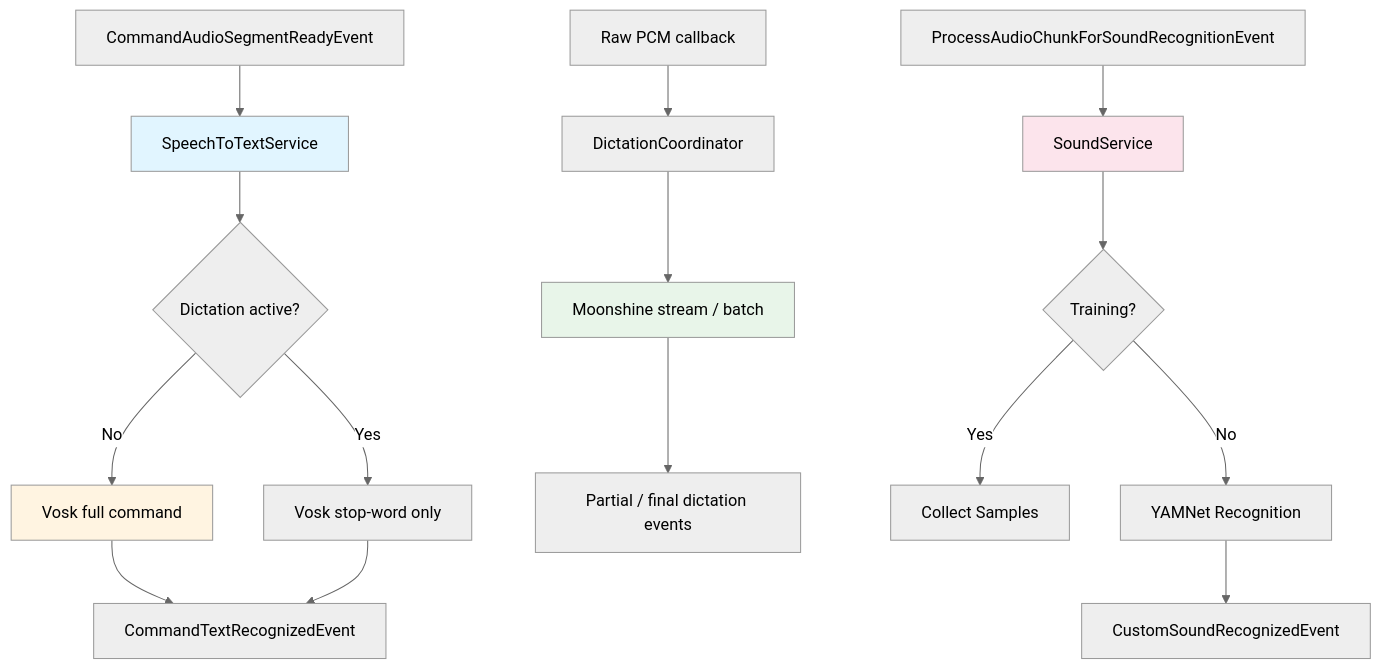
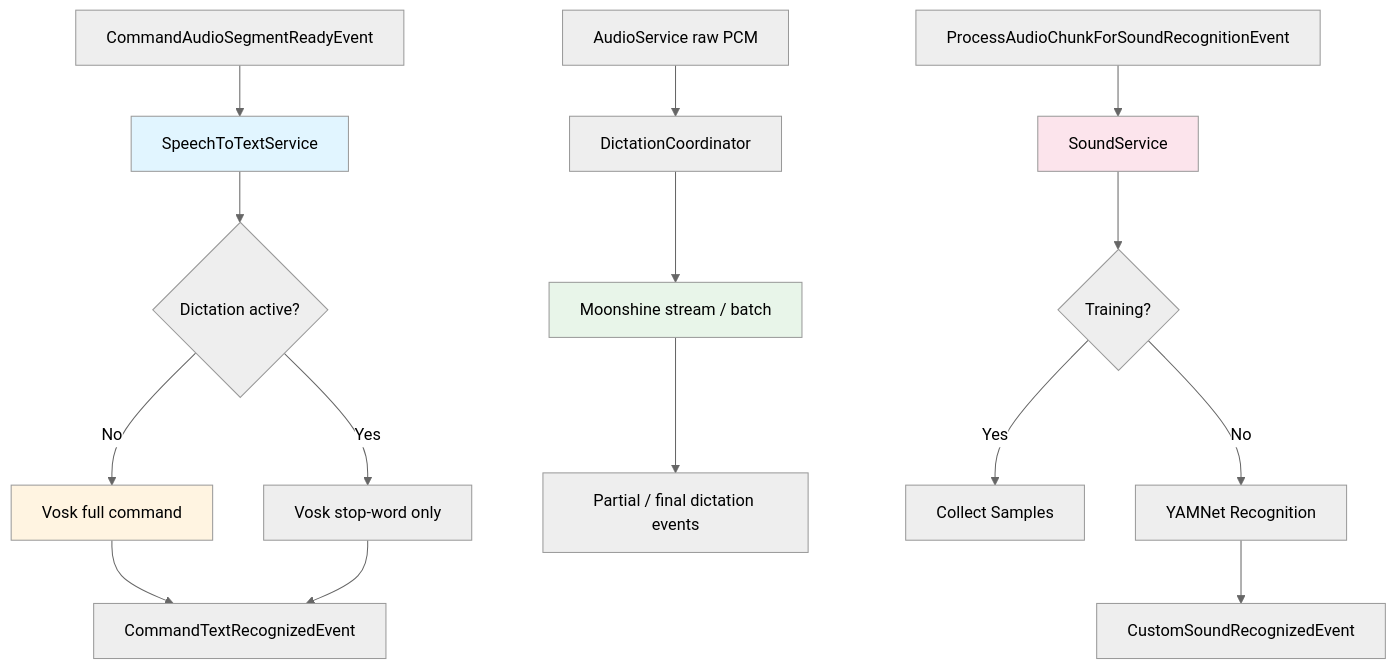
The first of 4 diagrams in docs/developer/speech_and_sound_recognition.rst (rick12000/vocalance), drawn with Mermaid (neutral theme) before and after one commit. The commit also changed 7 other files, not shown here.

```diff
--- a/docs/developer/speech_and_sound_recognition.rst
+++ b/docs/developer/speech_and_sound_recognition.rst
@@ -11,25 +11,25 @@
 .. mermaid::
 
    flowchart TD
        A[CommandAudioSegmentReadyEvent] --> B[SpeechToTextService]
        D[ProcessAudioChunkForSoundRecognitionEvent] --> E[SoundService]
-       R[Raw PCM callback] --> C[DictationCoordinator]
+       R[AudioService raw PCM] --> C[DictationCoordinator]
        C --> H[Moonshine stream / batch]
 
        B --> F{Dictation active?}
        F -->|No| G[Vosk full command]
        F -->|Yes| G2[Vosk stop-word only]
        G --> I[CommandTextRecognizedEvent]
        G2 --> I
 
        H --> J[Partial / final dictation events]
 
        E --> K{Training?}
        K -->|Yes| L[Collect Samples]
        K -->|No| M[YAMNet Recognition]
        M --> N[CustomSoundRecognizedEvent]
 
        style B fill:#e1f5ff
        style E fill:#fce4ec
        style G fill:#fff4e1
        style H fill:#e8f5e9
```
